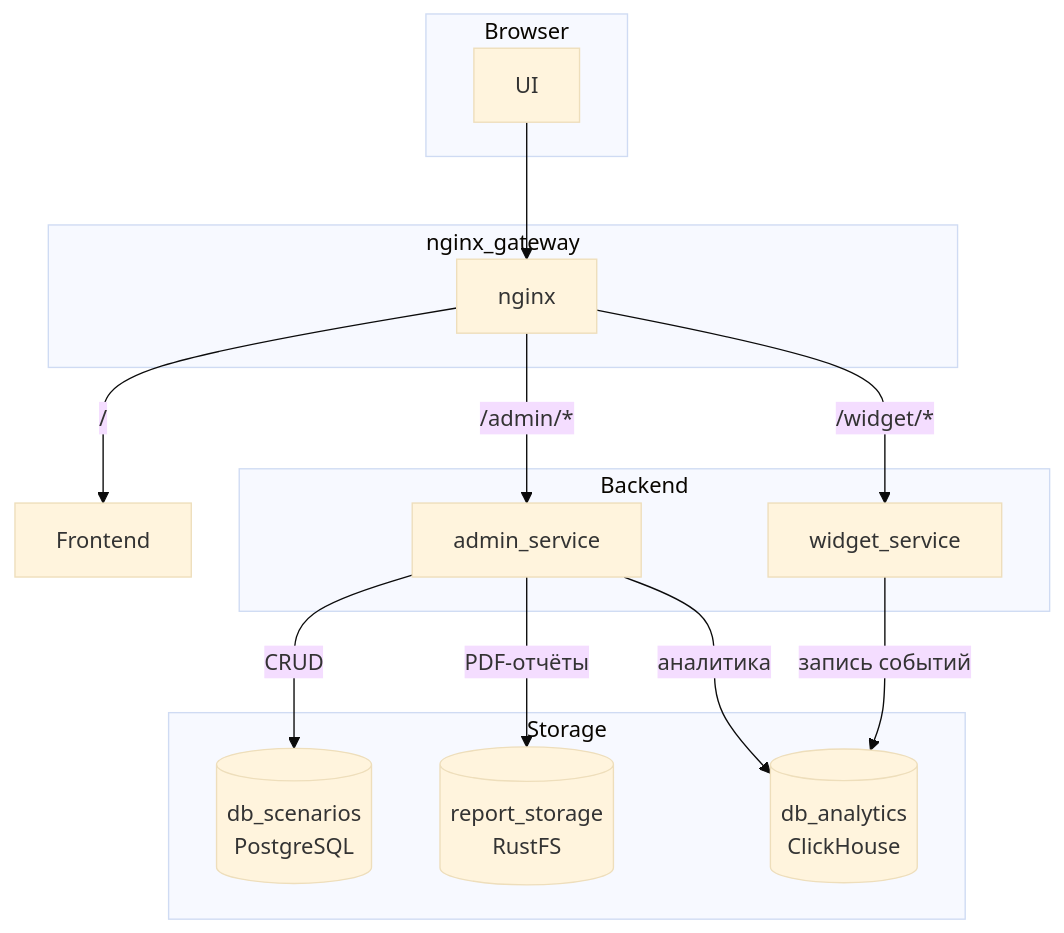
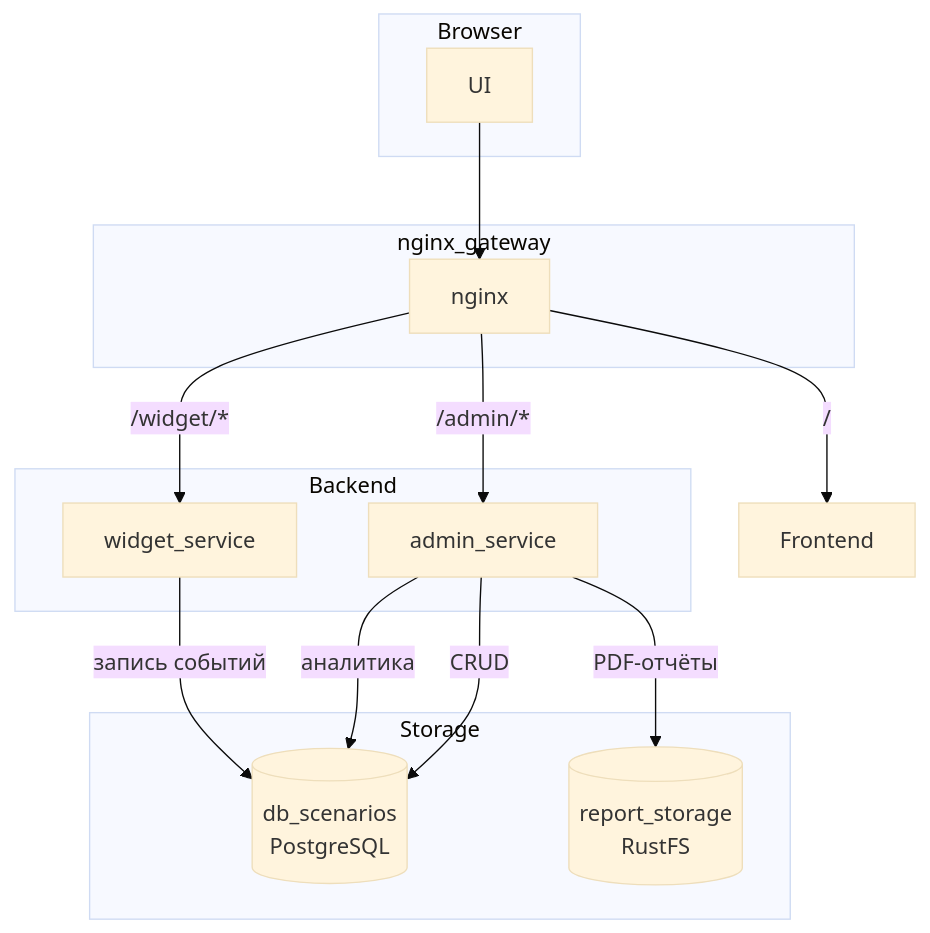
One commit to M2IE/Interactive-onboarding changed the diagram in README.md. Above: the diagram before and after it, drawn with Mermaid (base theme). The commit also changed other lines of this file, not shown here.

````diff
--- a/README.md
+++ b/README.md
@@ -107,32 +107,31 @@
 ```mermaid
 graph TD
     subgraph Browser
         UI[UI<br/>]
     end
 
     subgraph Gateway["nginx_gateway"]
         NG[nginx]
     end
 
     subgraph Backend
         Admin[admin_service<br/>]
         Widget[widget_service<br/>]
     end
 
     subgraph Storage
         PG[(db_scenarios<br/>PostgreSQL)]
-        CH[(db_analytics<br/>ClickHouse)]
         S3[(report_storage<br/>RustFS)]
     end
 
     UI -->NG
 
     NG -->|"/"| Frontend[Frontend<br/>]
     NG -->|"/admin/*"| Admin
     NG -->|"/widget/*"| Widget
 
     Admin -->|CRUD| PG
     Admin -->|PDF-отчёты| S3
-    Admin -->|аналитика| CH
-    Widget -->|запись событий| CH
+    Admin -->|аналитика| PG
+    Widget -->|запись событий| PG
 ```
````
